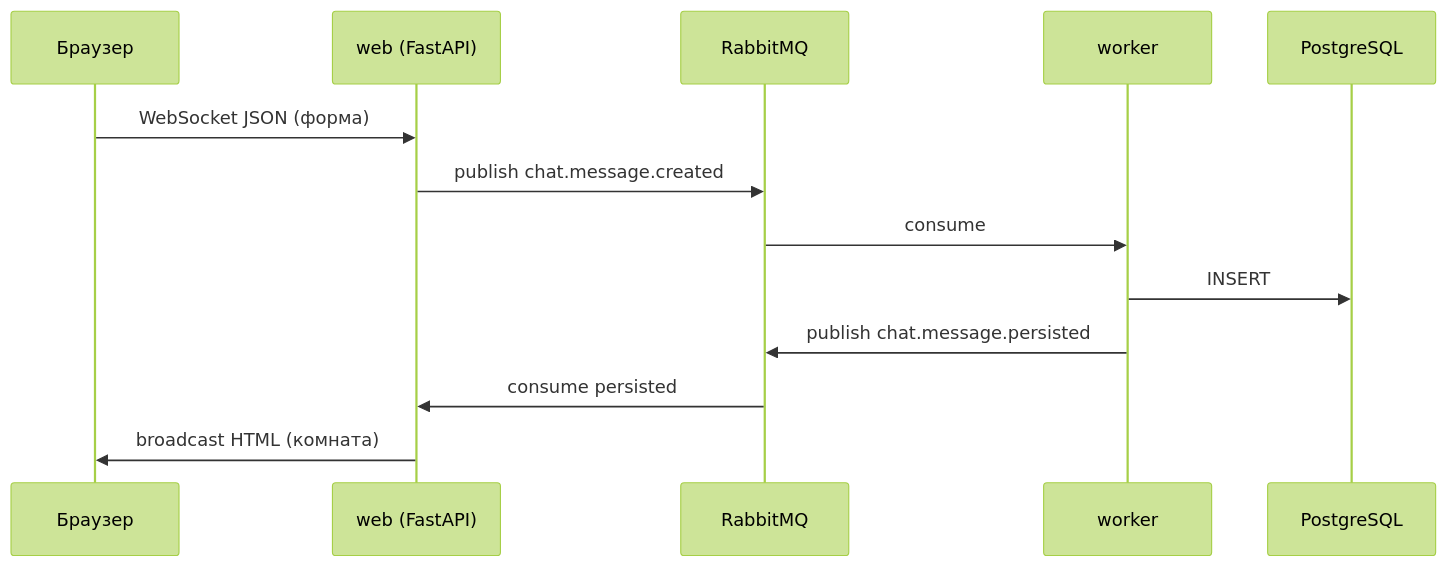
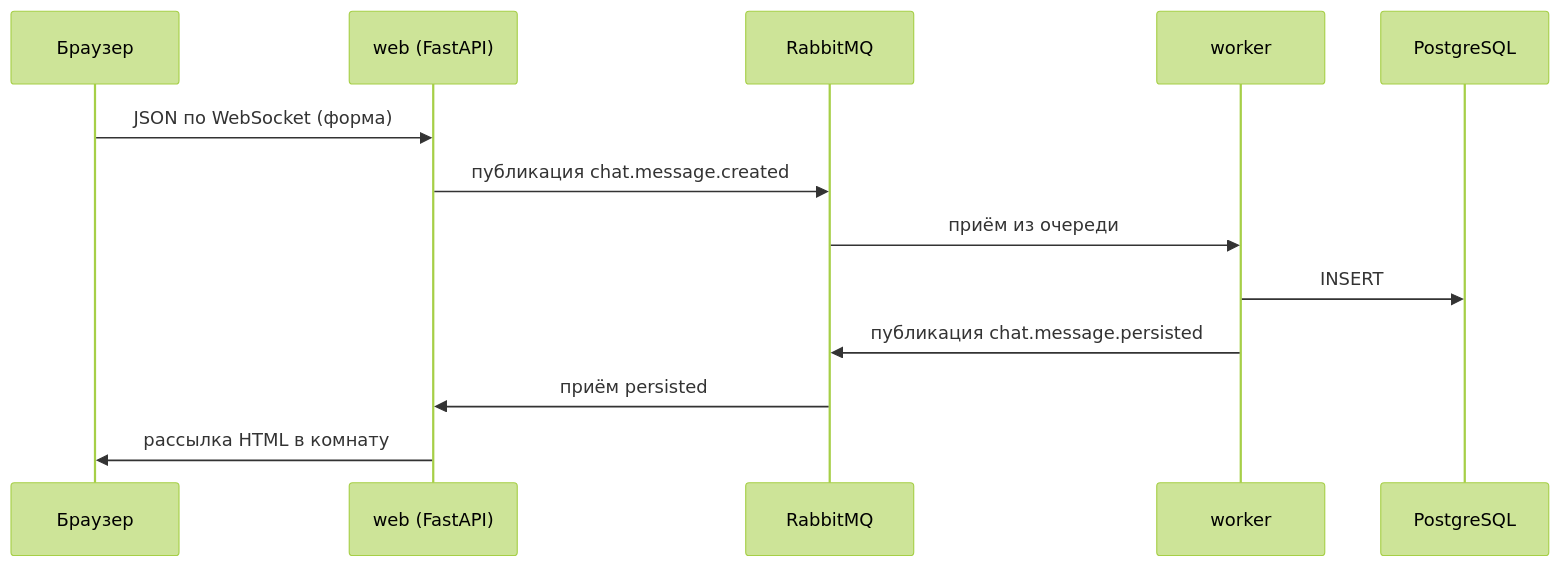
One commit to nesrv/mpgu changed the diagram in Разработка высоконагруженных систем  (44+72)/SEMESTR-2/28/lect/lect-design.md. Above: the diagram before and after it, drawn with Mermaid (forest theme). The commit also changed other lines of this file and 5 other files, not shown here.

````diff
--- a/Разработка высоконагруженных систем  (44+72)/SEMESTR-2/28/lect/lect-design.md
+++ b/Разработка высоконагруженных систем  (44+72)/SEMESTR-2/28/lect/lect-design.md
@@ -483,16 +523,16 @@
 ```mermaid
 sequenceDiagram
   participant B as Браузер
   participant W as web (FastAPI)
   participant Q as RabbitMQ
   participant K as worker
   participant D as PostgreSQL
 
-  B->>W: WebSocket JSON (форма)
-  W->>Q: publish chat.message.created
-  Q->>K: consume
+  B->>W: JSON по WebSocket (форма)
+  W->>Q: публикация chat.message.created
+  Q->>K: приём из очереди
   K->>D: INSERT
-  K->>Q: publish chat.message.persisted
-  Q->>W: consume persisted
-  W->>B: broadcast HTML (комната)
+  K->>Q: публикация chat.message.persisted
+  Q->>W: приём persisted
+  W->>B: рассылка HTML в комнату
 ```
````
